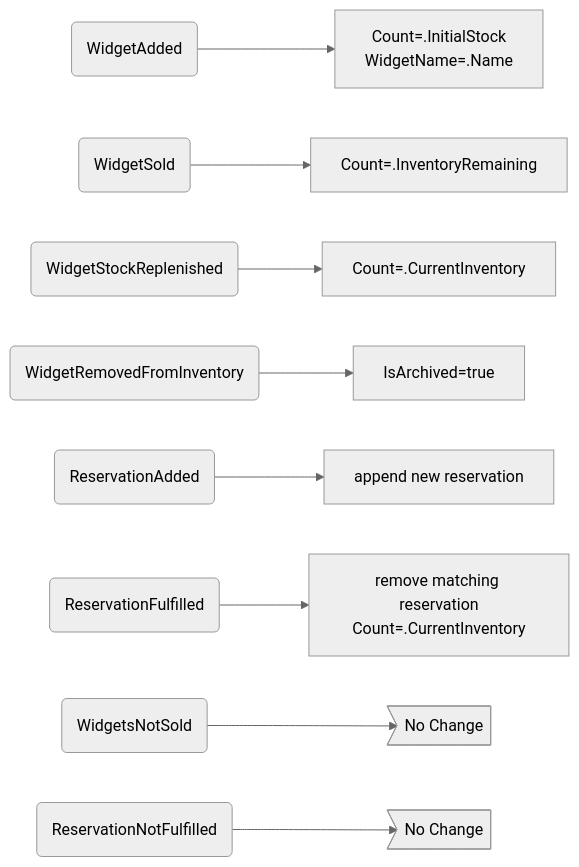
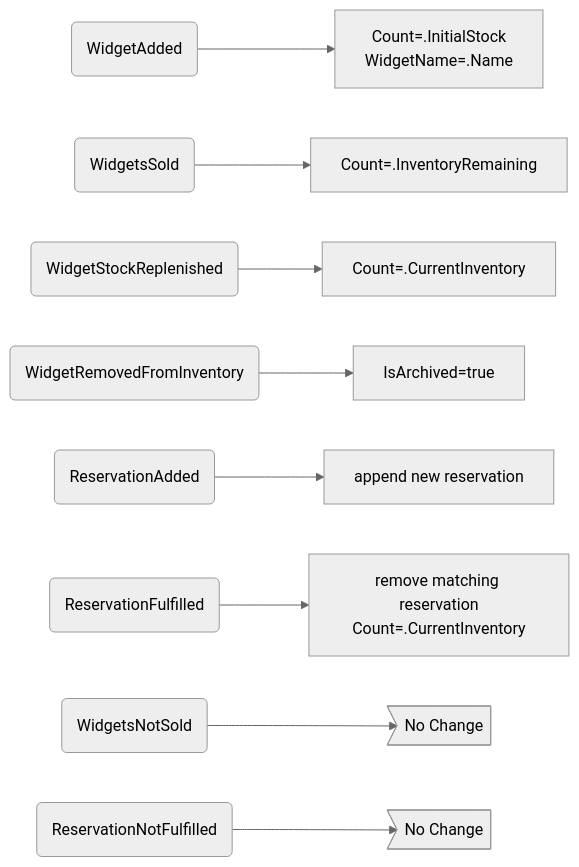
Before and after one commit to flew2bits/Shell: the second of 2 diagrams in Shell/Widget/ReadMe.md, drawn with Mermaid (neutral theme).

Commit message:
fixed event name

````diff
--- a/Shell/Widget/ReadMe.md
+++ b/Shell/Widget/ReadMe.md
@@ -166,11 +166,11 @@
 ```mermaid
 flowchart LR
 A1(WidgetAdded) --> B1[Count=.InitialStock\nWidgetName=.Name]
-A2(WidgetSold) --> B2[Count=.InventoryRemaining]
+A2(WidgetsSold) --> B2[Count=.InventoryRemaining]
 A3(WidgetStockReplenished) --> B3[Count=.CurrentInventory]
 A4(WidgetRemovedFromInventory) --> B4[IsArchived=true]
 A5(ReservationAdded) --> B5[append new reservation]
 A6(ReservationFulfilled) --> B6[remove matching reservation\nCount=.CurrentInventory]
 A7(WidgetsNotSold) --> B7>No Change]
 A8(ReservationNotFulfilled) --> B8>No Change] 
 ```
````
